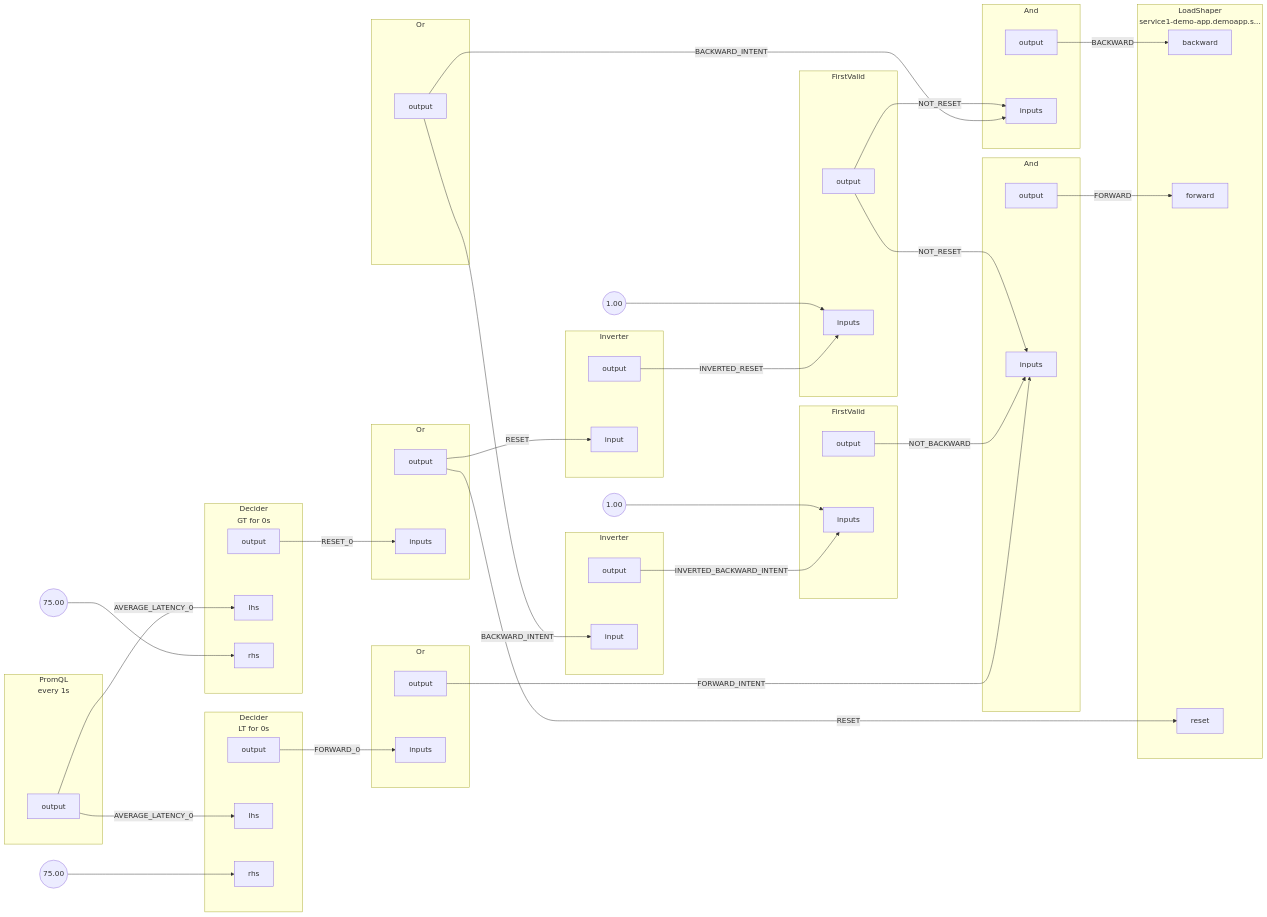
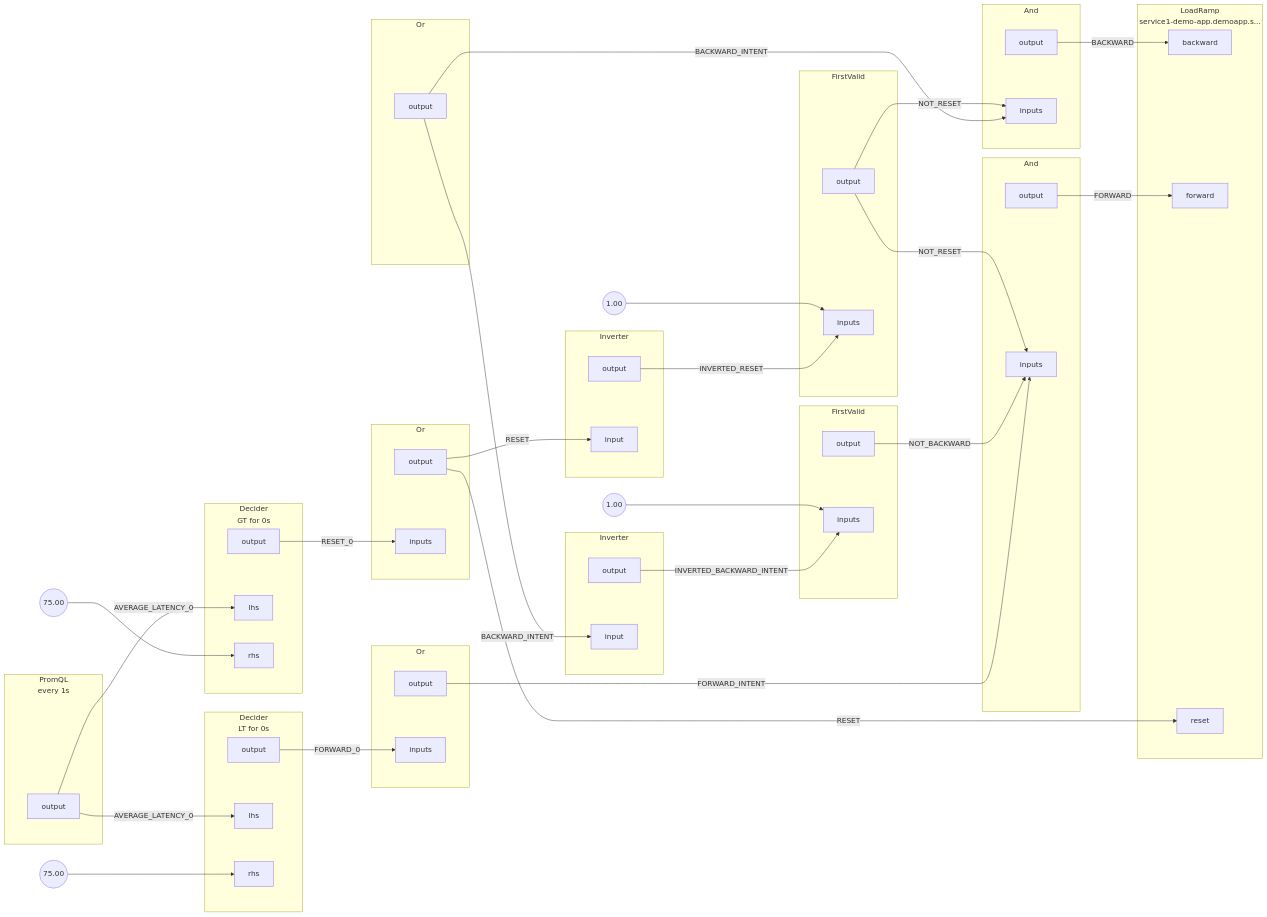
Before and after one commit to dataongunlaws/aperture: the diagram in docs/content/tutorials/flow-control/feature-rollout/assets/with-average-latency-feedback/graph.mmd, drawn with Mermaid. The commit also changed 210 other files, not shown here.

```diff
--- a/docs/content/tutorials/flow-control/feature-rollout/assets/with-average-latency-feedback/graph.mmd
+++ b/docs/content/tutorials/flow-control/feature-rollout/assets/with-average-latency-feedback/graph.mmd
@@ -1,152 +1,152 @@
 flowchart LR
 subgraph root.0[<center>PromQL<br/>every 1s</center>]
 subgraph root.0_outports[ ]
 style root.0_outports fill:none,stroke:none
 root.0output[output]
 end
 end
 subgraph root.1[<center>Decider<br/>LT for 0s</center>]
 subgraph root.1_inports[ ]
 style root.1_inports fill:none,stroke:none
 root.1lhs[lhs]
 root.1rhs[rhs]
 end
 subgraph root.1_outports[ ]
 style root.1_outports fill:none,stroke:none
 root.1output[output]
 end
 end
 subgraph root.10[And]
 subgraph root.10_inports[ ]
 style root.10_inports fill:none,stroke:none
 root.10inputs[inputs]
 root.10inputs[inputs]
 root.10inputs[inputs]
 end
 subgraph root.10_outports[ ]
 style root.10_outports fill:none,stroke:none
 root.10output[output]
 end
 end
 subgraph root.11[And]
 subgraph root.11_inports[ ]
 style root.11_inports fill:none,stroke:none
 root.11inputs[inputs]
 root.11inputs[inputs]
 end
 subgraph root.11_outports[ ]
 style root.11_outports fill:none,stroke:none
 root.11output[output]
 end
 end
-subgraph root.12[<center>LoadShaper<br/>service1-demo-app.demoapp.s...</center>]
+subgraph root.12[<center>LoadRamp<br/>service1-demo-app.demoapp.s...</center>]
 subgraph root.12_inports[ ]
 style root.12_inports fill:none,stroke:none
 root.12backward[backward]
 root.12forward[forward]
 root.12reset[reset]
 end
 end
 root.1_rhs_FakeConstantout((75.00))
 subgraph root.2[<center>Decider<br/>GT for 0s</center>]
 subgraph root.2_inports[ ]
 style root.2_inports fill:none,stroke:none
 root.2lhs[lhs]
 root.2rhs[rhs]
 end
 subgraph root.2_outports[ ]
 style root.2_outports fill:none,stroke:none
 root.2output[output]
 end
 end
 root.2_rhs_FakeConstantout((75.00))
 subgraph root.3[Or]
 subgraph root.3_inports[ ]
 style root.3_inports fill:none,stroke:none
 root.3inputs[inputs]
 end
 subgraph root.3_outports[ ]
 style root.3_outports fill:none,stroke:none
 root.3output[output]
 end
 end
 subgraph root.4[Or]
 subgraph root.4_outports[ ]
 style root.4_outports fill:none,stroke:none
 root.4output[output]
 end
 end
 subgraph root.5[Or]
 subgraph root.5_inports[ ]
 style root.5_inports fill:none,stroke:none
 root.5inputs[inputs]
 end
 subgraph root.5_outports[ ]
 style root.5_outports fill:none,stroke:none
 root.5output[output]
 end
 end
 subgraph root.6[Inverter]
 subgraph root.6_inports[ ]
 style root.6_inports fill:none,stroke:none
 root.6input[input]
 end
 subgraph root.6_outports[ ]
 style root.6_outports fill:none,stroke:none
 root.6output[output]
 end
 end
 subgraph root.7[FirstValid]
 subgraph root.7_inports[ ]
 style root.7_inports fill:none,stroke:none
 root.7inputs[inputs]
 root.7inputs[inputs]
 end
 subgraph root.7_outports[ ]
 style root.7_outports fill:none,stroke:none
 root.7output[output]
 end
 end
 root.7_inputs_FakeConstantout((1.00))
 subgraph root.8[Inverter]
 subgraph root.8_inports[ ]
 style root.8_inports fill:none,stroke:none
 root.8input[input]
 end
 subgraph root.8_outports[ ]
 style root.8_outports fill:none,stroke:none
 root.8output[output]
 end
 end
 subgraph root.9[FirstValid]
 subgraph root.9_inports[ ]
 style root.9_inports fill:none,stroke:none
 root.9inputs[inputs]
 root.9inputs[inputs]
 end
 subgraph root.9_outports[ ]
 style root.9_outports fill:none,stroke:none
 root.9output[output]
 end
 end
 root.9_inputs_FakeConstantout((1.00))
 root.0output --> |AVERAGE_LATENCY_0| root.1lhs
 root.0output --> |AVERAGE_LATENCY_0| root.2lhs
 root.10output --> |FORWARD| root.12forward
 root.11output --> |BACKWARD| root.12backward
 root.1output --> |FORWARD_0| root.3inputs
 root.1_rhs_FakeConstantout --> root.1rhs
 root.2output --> |RESET_0| root.5inputs
 root.2_rhs_FakeConstantout --> root.2rhs
 root.3output --> |FORWARD_INTENT| root.10inputs
 root.4output --> |BACKWARD_INTENT| root.11inputs
 root.4output --> |BACKWARD_INTENT| root.6input
 root.5output --> |RESET| root.12reset
 root.5output --> |RESET| root.8input
 root.6output --> |INVERTED_BACKWARD_INTENT| root.7inputs
 root.7_inputs_FakeConstantout --> root.7inputs
 root.7output --> |NOT_BACKWARD| root.10inputs
 root.8output --> |INVERTED_RESET| root.9inputs
 root.9_inputs_FakeConstantout --> root.9inputs
 root.9output --> |NOT_RESET| root.10inputs
 root.9output --> |NOT_RESET| root.11inputs
```
